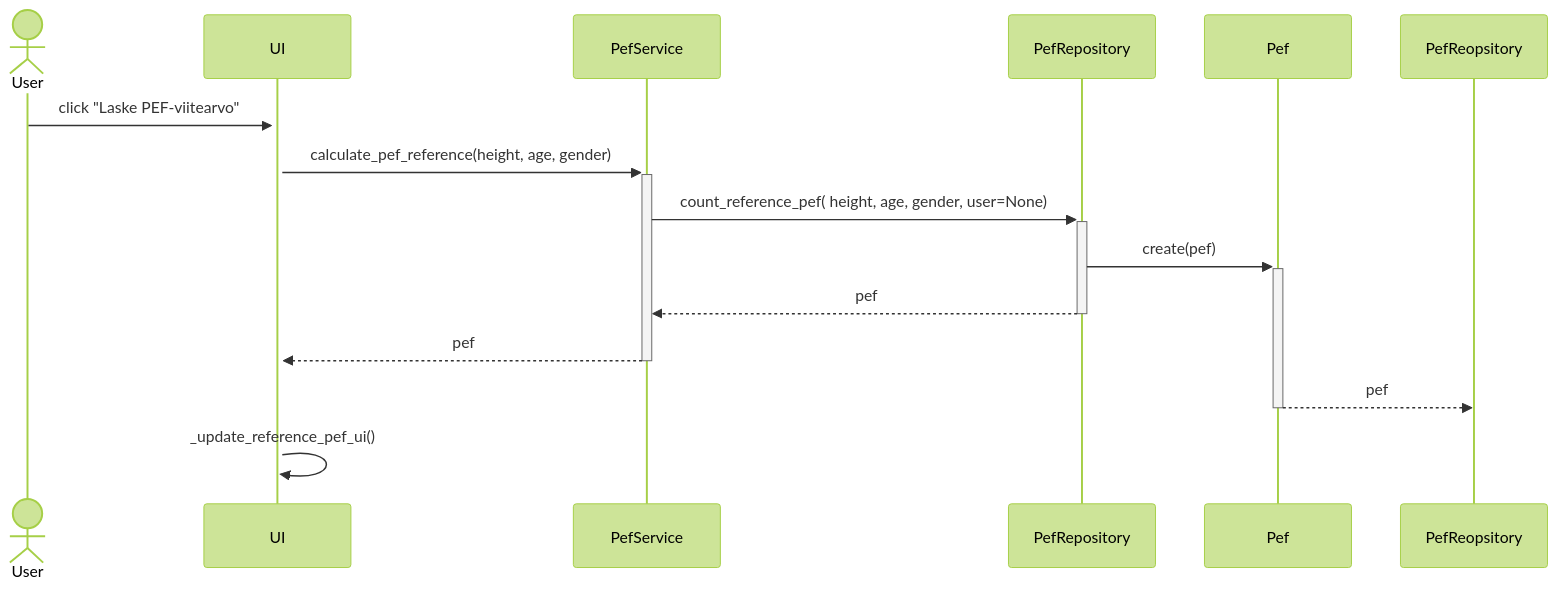
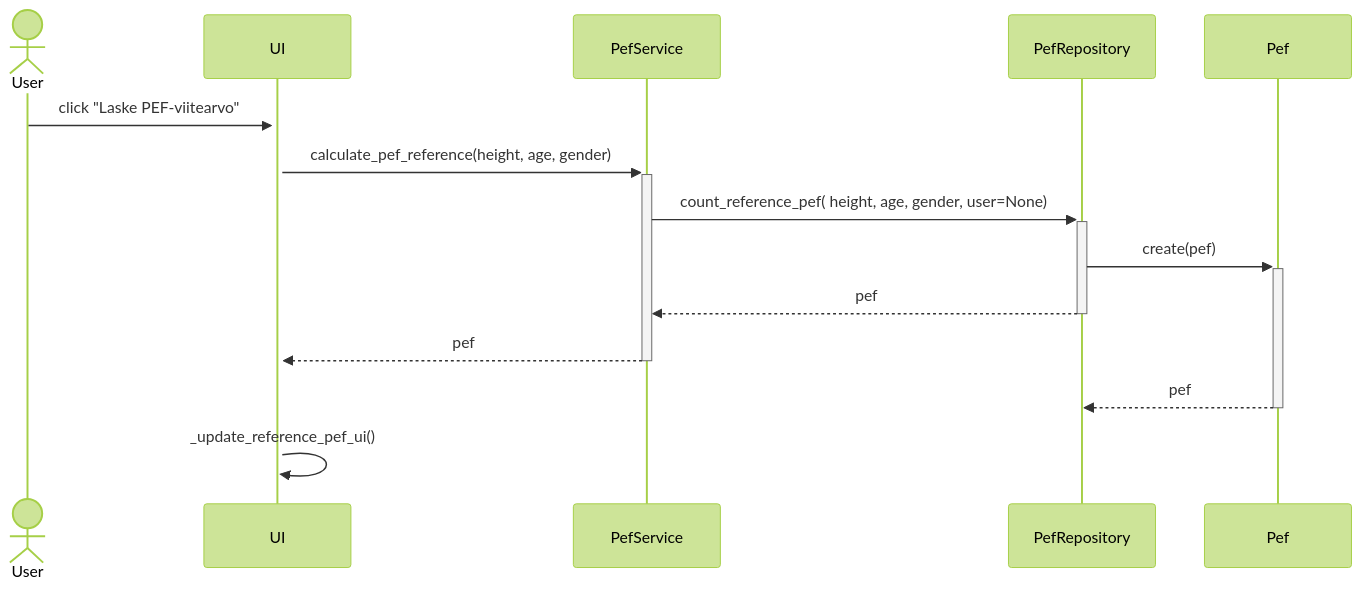
One commit to JVilo/ot-harjoitustyo changed the fourth of 4 diagrams in dokumentaatio/arkkitehtuuri.md. Above: the diagram before and after it, drawn with Mermaid (forest theme).

Commit message:
little fixes to the Sequence diagrams

````diff
--- a/dokumentaatio/arkkitehtuuri.md
+++ b/dokumentaatio/arkkitehtuuri.md
@@ -133,16 +133,16 @@
 ```mermaid
 sequenceDiagram
   actor User
   participant UI
   participant PefService
   participant PefRepository
   participant Pef
   User->>+UI: click "Laske PEF-viitearvo"
   UI->>+PefService: calculate_pef_reference(height, age, gender)
   PefService->>+PefRepository: count_reference_pef( height, age, gender, user=None)
   PefRepository->>+Pef: create(pef)
   PefRepository-->>-PefService: pef
   PefService-->>-UI: pef
-  Pef-->>-PefReopsitory: pef
+  Pef-->>-PefRepository: pef
   UI->>UI: _update_reference_pef_ui()
 ```
````
